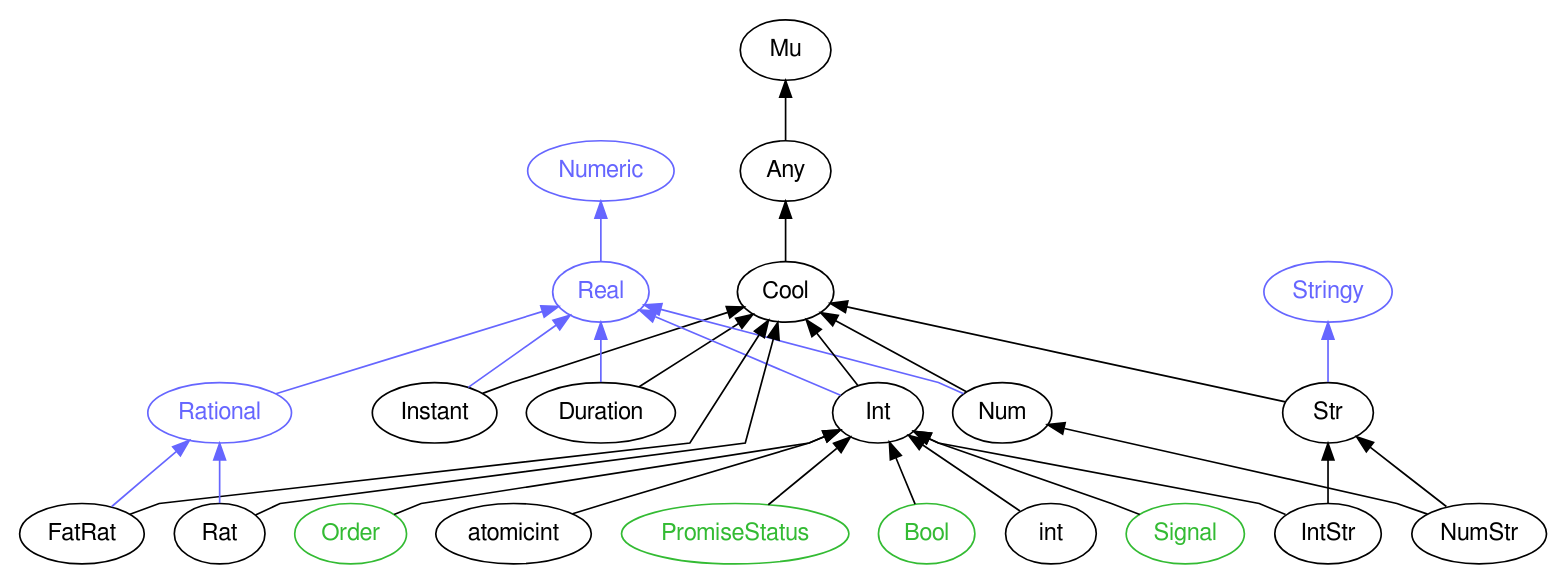
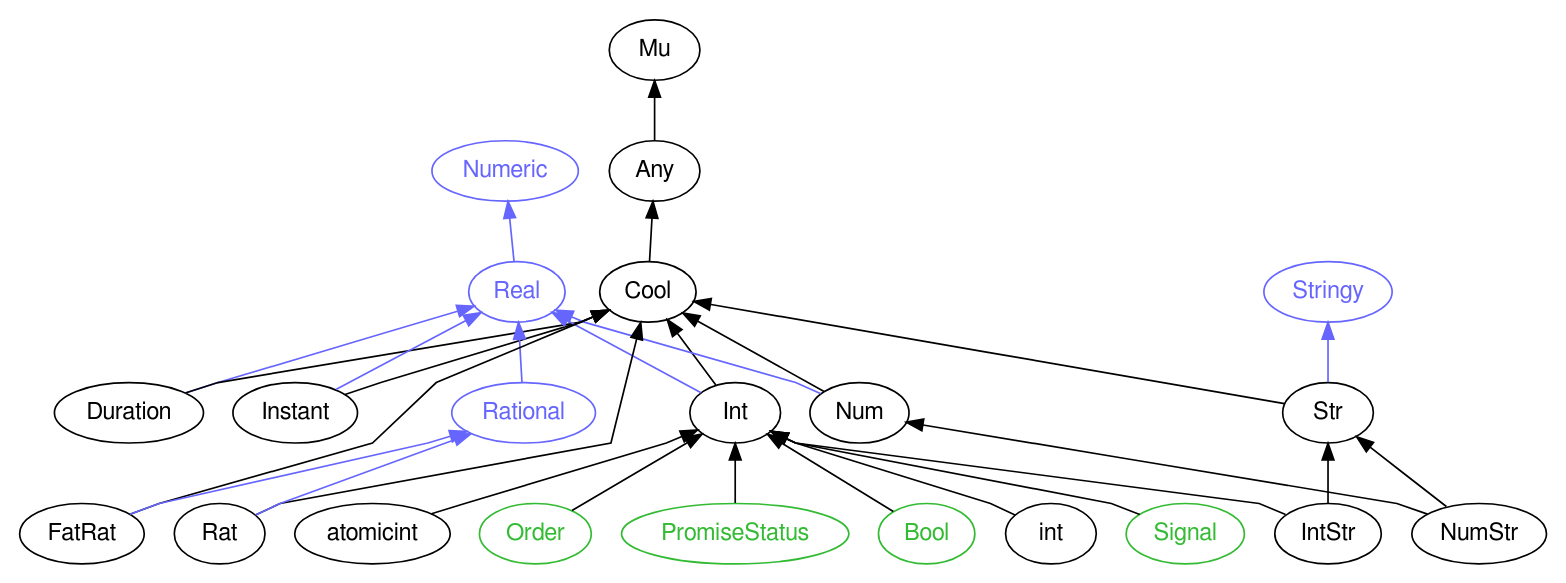
Before and after one commit to perl6docs/perl6docs.github.io: the diagram in images/type-graph-Real.svg.dot, drawn with Graphviz. The commit also changed other lines of this file and 4525 other files, not shown here.

```diff
--- a/images/type-graph-Real.svg.dot
+++ b/images/type-graph-Real.svg.dot
@@ -1,60 +1,60 @@
 digraph "perl6-type-graph" {
     rankdir=BT;
     splines=polyline;
     overlap=false; 
     // Types
     "Real" [color="#6666FF", fontcolor="#6666FF", href="/type/Real", fontname="FreeSans"];
     "Numeric" [color="#6666FF", fontcolor="#6666FF", href="/type/Numeric", fontname="FreeSans"];
-    "Rational" [color="#6666FF", fontcolor="#6666FF", href="/type/Rational", fontname="FreeSans"];
     "Mu" [color="#000000", fontcolor="#000000", href="/type/Mu", fontname="FreeSans"];
     "Any" [color="#000000", fontcolor="#000000", href="/type/Any", fontname="FreeSans"];
     "Cool" [color="#000000", fontcolor="#000000", href="/type/Cool", fontname="FreeSans"];
+    "Duration" [color="#000000", fontcolor="#000000", href="/type/Duration", fontname="FreeSans"];
     "Instant" [color="#000000", fontcolor="#000000", href="/type/Instant", fontname="FreeSans"];
-    "Duration" [color="#000000", fontcolor="#000000", href="/type/Duration", fontname="FreeSans"];
+    "Rational" [color="#6666FF", fontcolor="#6666FF", href="/type/Rational", fontname="FreeSans"];
+    "Int" [color="#000000", fontcolor="#000000", href="/type/Int", fontname="FreeSans"];
     "Num" [color="#000000", fontcolor="#000000", href="/type/Num", fontname="FreeSans"];
-    "Int" [color="#000000", fontcolor="#000000", href="/type/Int", fontname="FreeSans"];
+    "atomicint" [color="#000000", fontcolor="#000000", href="/type/atomicint", fontname="FreeSans"];
+    "Order" [color="#33BB33", fontcolor="#33BB33", href="/type/Order", fontname="FreeSans"];
+    "PromiseStatus" [color="#33BB33", fontcolor="#33BB33", href="/type/PromiseStatus", fontname="FreeSans"];
+    "Bool" [color="#33BB33", fontcolor="#33BB33", href="/type/Bool", fontname="FreeSans"];
     "Stringy" [color="#6666FF", fontcolor="#6666FF", href="/type/Stringy", fontname="FreeSans"];
     "Str" [color="#000000", fontcolor="#000000", href="/type/Str", fontname="FreeSans"];
+    "IntStr" [color="#000000", fontcolor="#000000", href="/type/IntStr", fontname="FreeSans"];
+    "int" [color="#000000", fontcolor="#000000", href="/type/int", fontname="FreeSans"];
+    "Signal" [color="#33BB33", fontcolor="#33BB33", href="/type/Signal", fontname="FreeSans"];
     "NumStr" [color="#000000", fontcolor="#000000", href="/type/NumStr", fontname="FreeSans"];
-    "Signal" [color="#33BB33", fontcolor="#33BB33", href="/type/Signal", fontname="FreeSans"];
-    "Order" [color="#33BB33", fontcolor="#33BB33", href="/type/Order", fontname="FreeSans"];
-    "atomicint" [color="#000000", fontcolor="#000000", href="/type/atomicint", fontname="FreeSans"];
-    "PromiseStatus" [color="#33BB33", fontcolor="#33BB33", href="/type/PromiseStatus", fontname="FreeSans"];
-    "IntStr" [color="#000000", fontcolor="#000000", href="/type/IntStr", fontname="FreeSans"];
-    "Bool" [color="#33BB33", fontcolor="#33BB33", href="/type/Bool", fontname="FreeSans"];
-    "int" [color="#000000", fontcolor="#000000", href="/type/int", fontname="FreeSans"];
     "FatRat" [color="#000000", fontcolor="#000000", href="/type/FatRat", fontname="FreeSans"];
     "Rat" [color="#000000", fontcolor="#000000", href="/type/Rat", fontname="FreeSans"];
 
     // Superclasses
     "Any" -> "Mu" [color="#000000"];
     "Cool" -> "Any" [color="#000000"];
+    "Duration" -> "Cool" [color="#000000"];
     "Instant" -> "Cool" [color="#000000"];
-    "Duration" -> "Cool" [color="#000000"];
+    "Int" -> "Cool" [color="#000000"];
     "Num" -> "Cool" [color="#000000"];
-    "Int" -> "Cool" [color="#000000"];
+    "atomicint" -> "Int" [color="#000000"];
+    "Order" -> "Int" [color="#000000"];
+    "PromiseStatus" -> "Int" [color="#000000"];
+    "Bool" -> "Int" [color="#000000"];
     "Str" -> "Cool" [color="#000000"];
+    "IntStr" -> "Int" [color="#000000"];
+    "IntStr" -> "Str" [color="#000000"];
+    "int" -> "Int" [color="#000000"];
+    "Signal" -> "Int" [color="#000000"];
     "NumStr" -> "Num" [color="#000000"];
     "NumStr" -> "Str" [color="#000000"];
-    "Signal" -> "Int" [color="#000000"];
-    "Order" -> "Int" [color="#000000"];
-    "atomicint" -> "Int" [color="#000000"];
-    "PromiseStatus" -> "Int" [color="#000000"];
-    "IntStr" -> "Int" [color="#000000"];
-    "IntStr" -> "Str" [color="#000000"];
-    "Bool" -> "Int" [color="#000000"];
-    "int" -> "Int" [color="#000000"];
     "FatRat" -> "Cool" [color="#000000"];
     "Rat" -> "Cool" [color="#000000"];
 
     // Roles
     "Real" -> "Numeric" [color="#6666FF"];
+    "Duration" -> "Real" [color="#6666FF"];
+    "Instant" -> "Real" [color="#6666FF"];
     "Rational" -> "Real" [color="#6666FF"];
-    "Instant" -> "Real" [color="#6666FF"];
-    "Duration" -> "Real" [color="#6666FF"];
+    "Int" -> "Real" [color="#6666FF"];
     "Num" -> "Real" [color="#6666FF"];
-    "Int" -> "Real" [color="#6666FF"];
     "Str" -> "Stringy" [color="#6666FF"];
     "FatRat" -> "Rational" [color="#6666FF"];
     "Rat" -> "Rational" [color="#6666FF"];
 }
```
